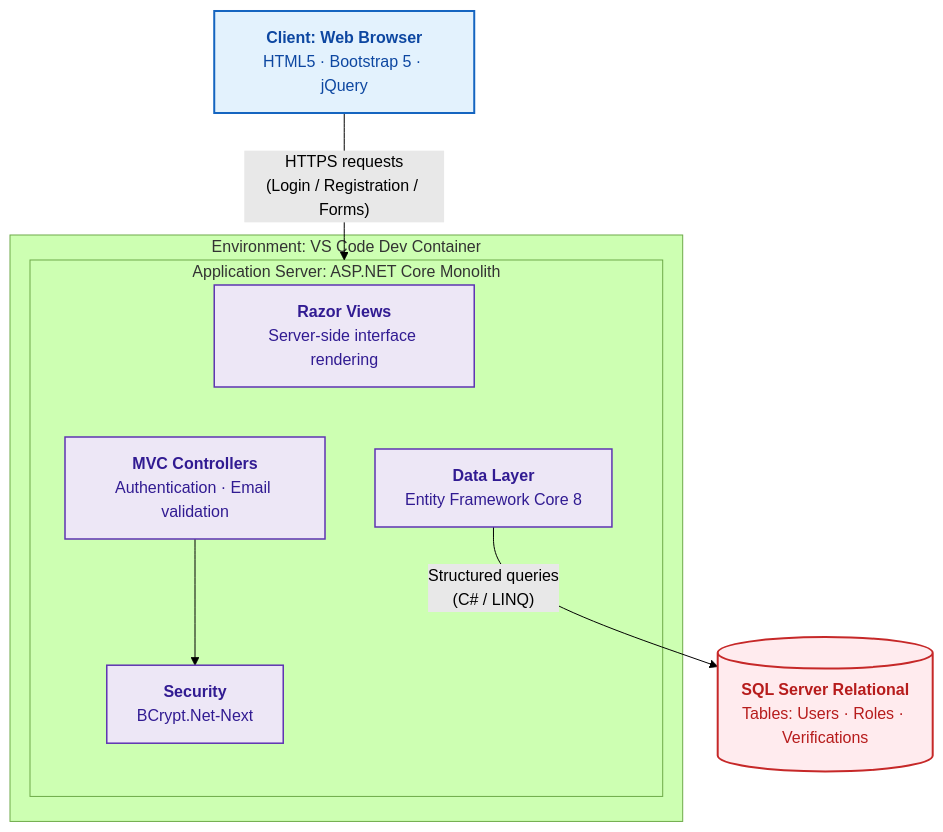
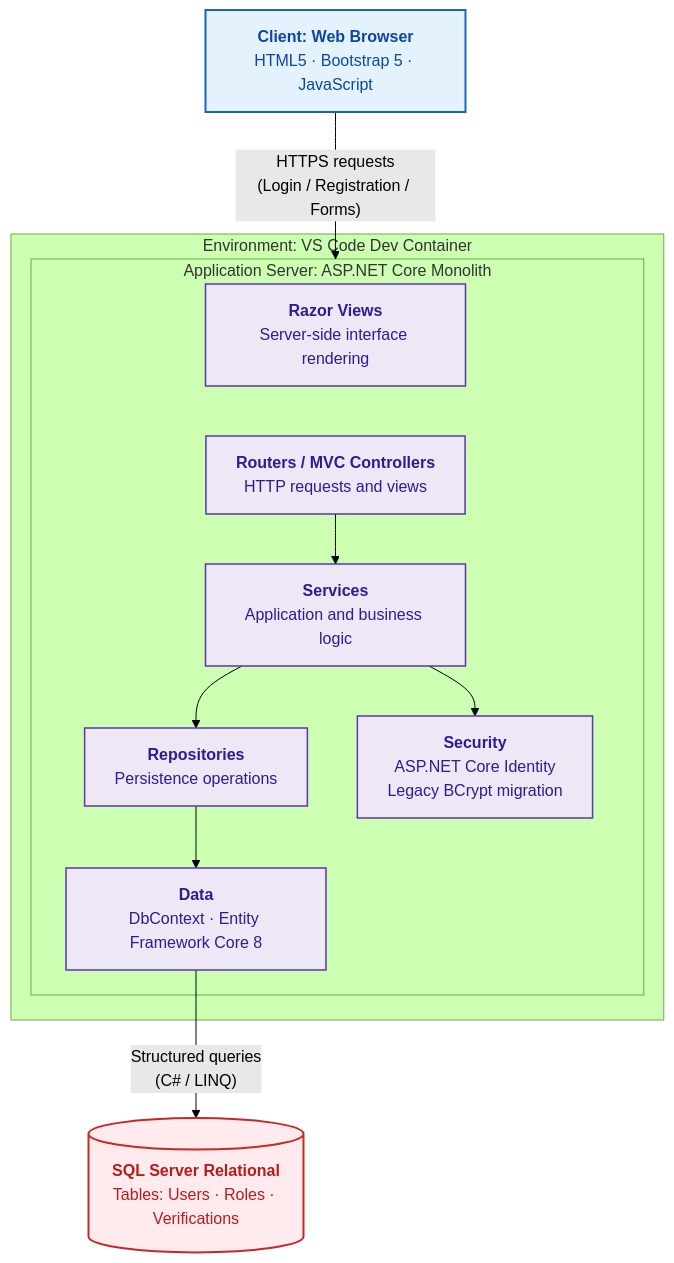
The first of 5 diagrams in architecture.md (SaraCarmona03/VozUniversitaria), drawn with Mermaid (forest theme) before and after one commit. The commit also changed other lines of this file and 39 other files, not shown here.

````diff
--- a/architecture.md
+++ b/architecture.md
@@ -106,29 +106,33 @@
 ```mermaid
 flowchart TD
-    A[" <b>Client: Web Browser</b><br/>HTML5 · Bootstrap 5 · jQuery"]
+    A[" <b>Client: Web Browser</b><br/>HTML5 · Bootstrap 5 · JavaScript"]
 
     subgraph DC[" Environment: VS Code Dev Container"]
         subgraph S[" Application Server: ASP.NET Core Monolith"]
             V[" <b>Razor Views</b><br/>Server-side interface rendering"]
-            C[" <b>MVC Controllers</b><br/>Authentication · Email validation"]
-            B[" <b>Security</b><br/>BCrypt.Net-Next"]
-            D[" <b>Data Layer</b><br/>Entity Framework Core 8"]
+            C[" <b>Routers / MVC Controllers</b><br/>HTTP requests and views"]
+            SVC[" <b>Services</b><br/>Application and business logic"]
+            R[" <b>Repositories</b><br/>Persistence operations"]
+            B[" <b>Security</b><br/>ASP.NET Core Identity<br/>Legacy BCrypt migration"]
+            D[" <b>Data</b><br/>DbContext · Entity Framework Core 8"]
         end
     end
 
     DB[(" <b>SQL Server Relational</b><br/>Tables: Users · Roles · Verifications")]
 
     A -- "HTTPS requests<br/>(Login / Registration / Forms)" --> S
     S --- V
     S --- C
-    C --> B
-    S --- D
+    C --> SVC
+    SVC --> B
+    SVC --> R
+    R --> D
     D -- "Structured queries<br/>(C# / LINQ)" --> DB
 
     classDef client fill:#e3f2fd,stroke:#1565c0,stroke-width:2px,color:#0d47a1;
     classDef app fill:#ede7f6,stroke:#5e35b1,stroke-width:1.5px,color:#311b92;
     classDef db fill:#ffebee,stroke:#c62828,stroke-width:2px,color:#b71c1c;
     class A client;
-    class V,C,B,D app;
+    class V,C,SVC,R,B,D app;
     class DB db;
 ```
````
